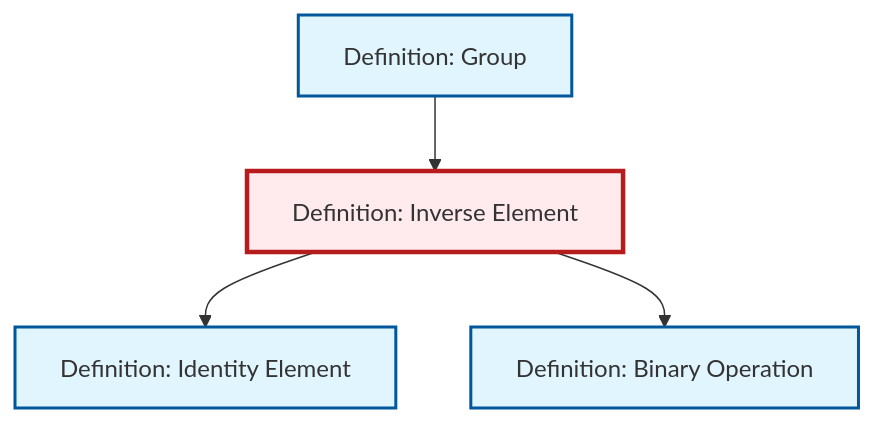
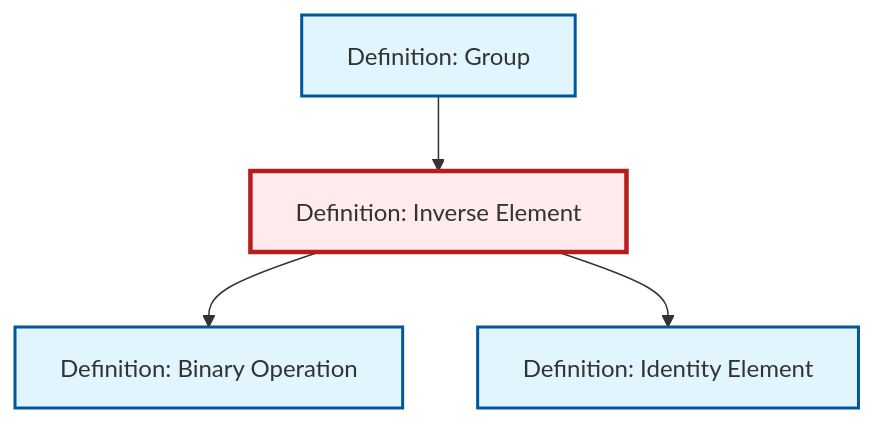
The diagram in content/en/algebra/def-inverse-element.qmd (RK0429/ModernMath), drawn with Mermaid before and after one commit. The commit also changed other lines of this file and 615 other files, not shown here.

````diff
--- a/content/en/algebra/def-inverse-element.qmd
+++ b/content/en/algebra/def-inverse-element.qmd
@@ -83,20 +83,20 @@
 ```{mermaid}
 %%| fig-cap: "Local dependency graph"
 graph TD
     classDef definition fill:#e1f5fe,stroke:#01579b,stroke-width:2px
     classDef theorem fill:#f3e5f5,stroke:#4a148c,stroke-width:2px
     classDef axiom fill:#fff3e0,stroke:#e65100,stroke-width:2px
     classDef example fill:#e8f5e9,stroke:#1b5e20,stroke-width:2px
     classDef current fill:#ffebee,stroke:#b71c1c,stroke-width:3px
     def-group["Definition: Group"]:::definition
+    def-identity-element["Definition: Identity Element"]:::definition
+    def-binary-operation["Definition: Binary Operation"]:::definition
     def-inverse-element["Definition: Inverse Element"]:::definition
-    def-binary-operation["Definition: Binary Operation"]:::definition
-    def-identity-element["Definition: Identity Element"]:::definition
+    def-inverse-element --> def-binary-operation
     def-inverse-element --> def-identity-element
     def-group --> def-inverse-element
-    def-inverse-element --> def-binary-operation
     class def-inverse-element current
     click def-group "def-group.html" "Go to Group definition"
+    click def-identity-element "def-identity-element.html" "Go to Identity Element definition"
     click def-binary-operation "def-binary-operation.html" "Go to Binary Operation definition"
-    click def-identity-element "def-identity-element.html" "Go to Identity Element definition"
 ```
````
